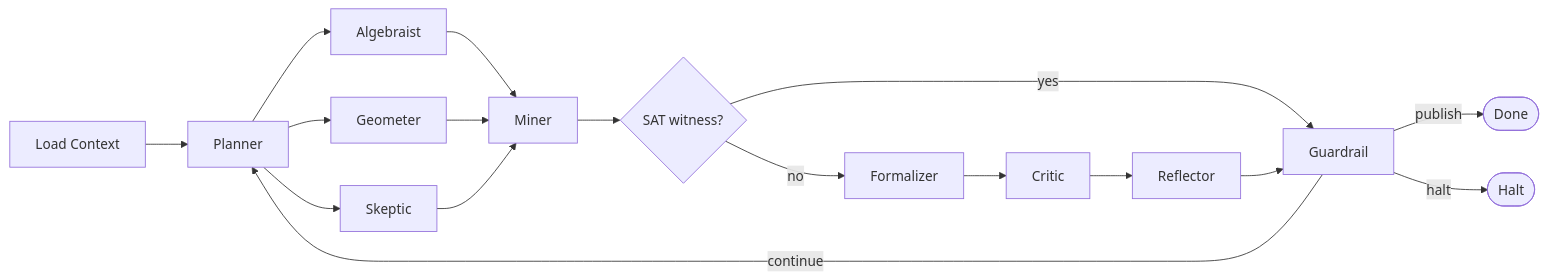
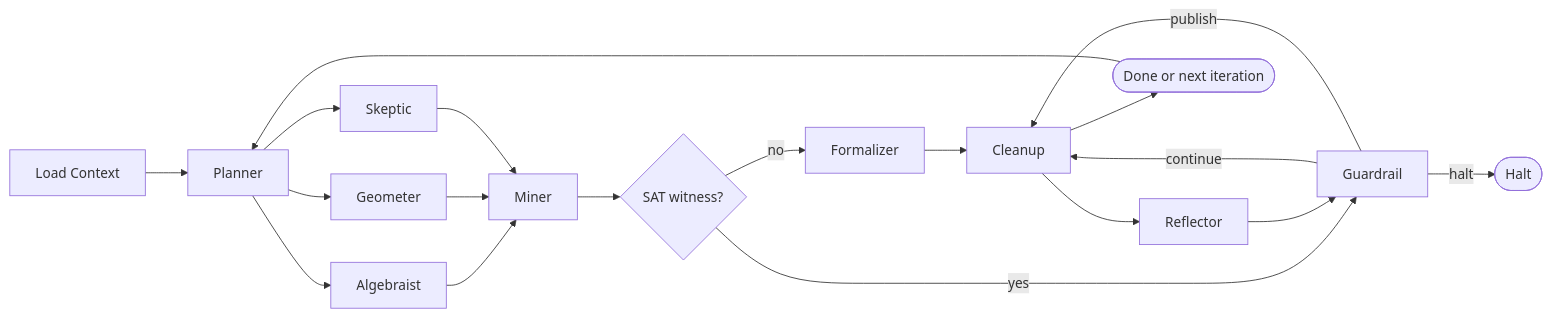
Before and after one commit to astrogirlnim/SATurday: the first of 2 diagrams in .cursor/skills/run-oracle/SKILL.md, drawn with Mermaid. The commit also changed other lines of this file and 1 other file, not shown here.

First line of the commit message:
Add Step 9 cleanup subagent to ORACLE loop: purge CNFs, specs, Lean cache, old logs

````diff
--- a/.cursor/skills/run-oracle/SKILL.md
+++ b/.cursor/skills/run-oracle/SKILL.md
@@ -19,19 +19,21 @@
 ```mermaid
 flowchart LR
     S0[Load Context] --> S1[Planner]
     S1 --> S2[Algebraist]
     S1 --> S3[Geometer]
     S1 --> S4[Skeptic]
     S2 --> S5[Miner]
     S3 --> S5
     S4 --> S5
     S5 --> S6{SAT witness?}
     S6 -- no --> S7[Formalizer]
     S6 -- yes --> S8[Guardrail]
     S7 --> S9[Critic]
     S9 --> S10[Reflector]
     S10 --> S8
-    S8 -- continue --> S1
-    S8 -- publish --> DONE([Done])
+    S8 -- continue --> S9[Cleanup]
+    S8 -- publish --> S9
     S8 -- halt --> HALT([Halt])
+    S9 --> DONE([Done or next iteration])
+    DONE --> S1
 ```
````
